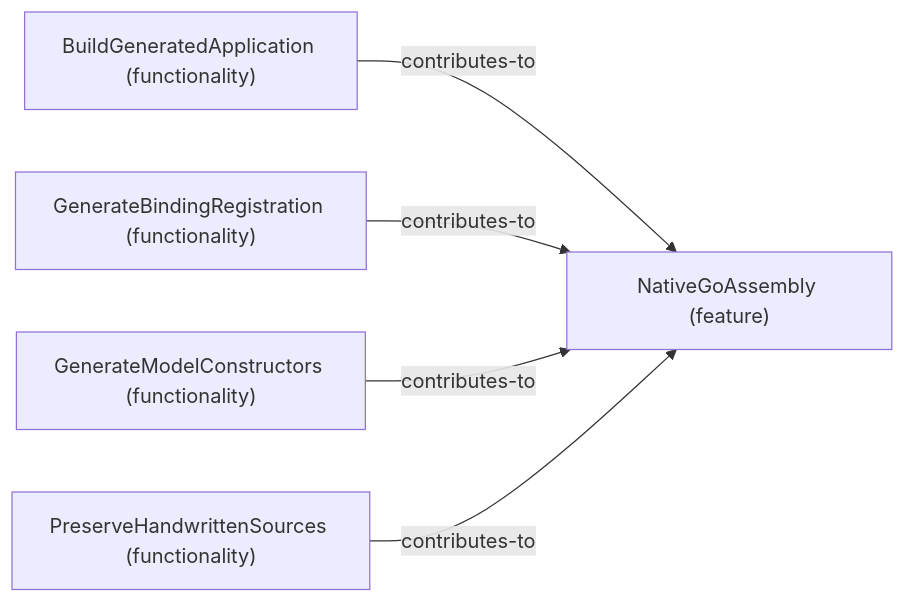
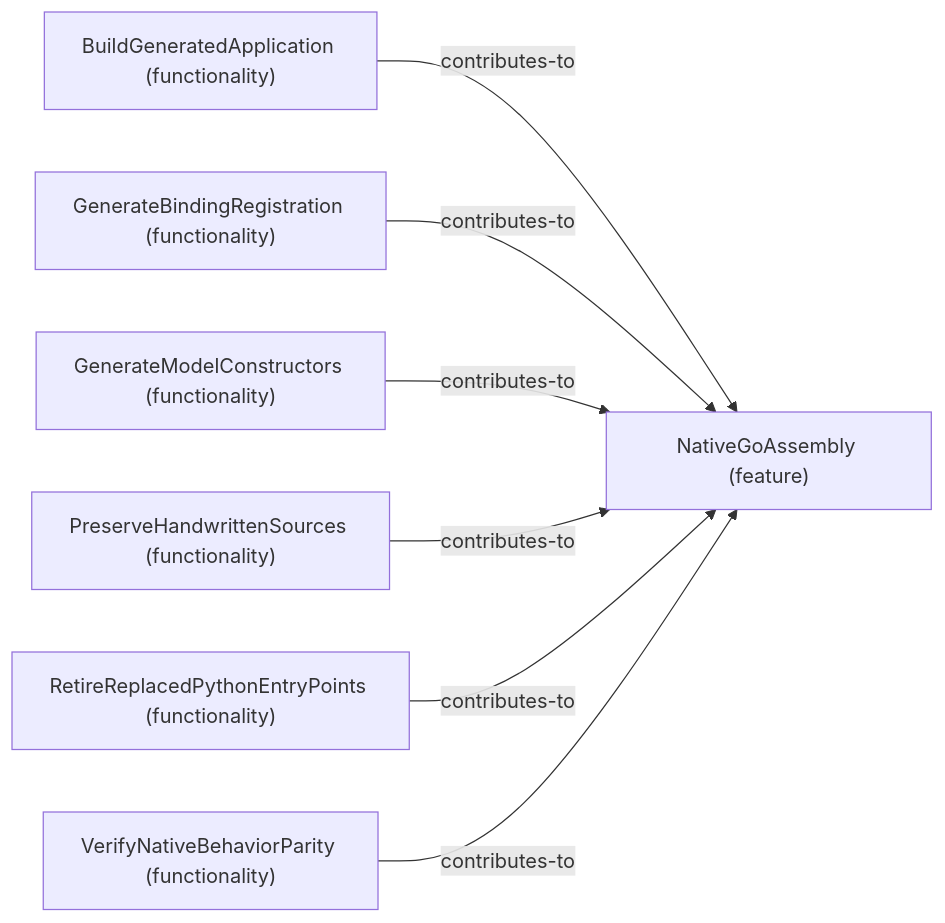
Before and after one commit to Hans-Einar/SDP: the diagram in SDUI/design/viewpoints/diagrams/VP01-feature-NativeGoAssembly.mmd, drawn with Mermaid. The commit also changed 145 other files, not shown here.

```diff
--- a/SDUI/design/viewpoints/diagrams/VP01-feature-NativeGoAssembly.mmd
+++ b/SDUI/design/viewpoints/diagrams/VP01-feature-NativeGoAssembly.mmd
@@ -1,10 +1,14 @@
 flowchart LR
     n_BuildGeneratedApplication["BuildGeneratedApplication (functionality)"]
     n_GenerateBindingRegistration["GenerateBindingRegistration (functionality)"]
     n_GenerateModelConstructors["GenerateModelConstructors (functionality)"]
     n_NativeGoAssembly["NativeGoAssembly (feature)"]
     n_PreserveHandwrittenSources["PreserveHandwrittenSources (functionality)"]
+    n_RetireReplacedPythonEntryPoints["RetireReplacedPythonEntryPoints (functionality)"]
+    n_VerifyNativeBehaviorParity["VerifyNativeBehaviorParity (functionality)"]
     n_BuildGeneratedApplication -->|contributes-to| n_NativeGoAssembly
     n_GenerateBindingRegistration -->|contributes-to| n_NativeGoAssembly
     n_GenerateModelConstructors -->|contributes-to| n_NativeGoAssembly
     n_PreserveHandwrittenSources -->|contributes-to| n_NativeGoAssembly
+    n_RetireReplacedPythonEntryPoints -->|contributes-to| n_NativeGoAssembly
+    n_VerifyNativeBehaviorParity -->|contributes-to| n_NativeGoAssembly
```
